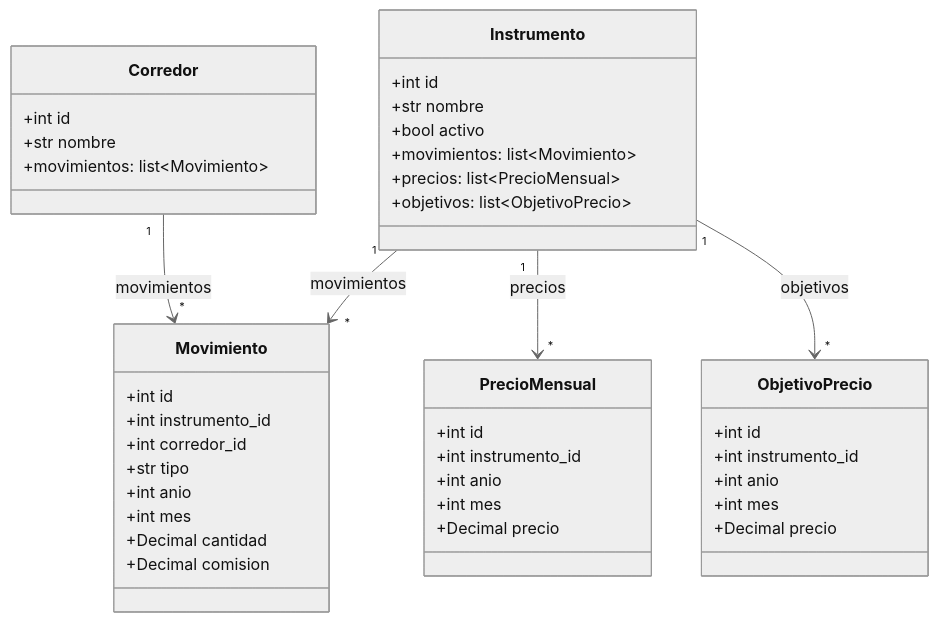
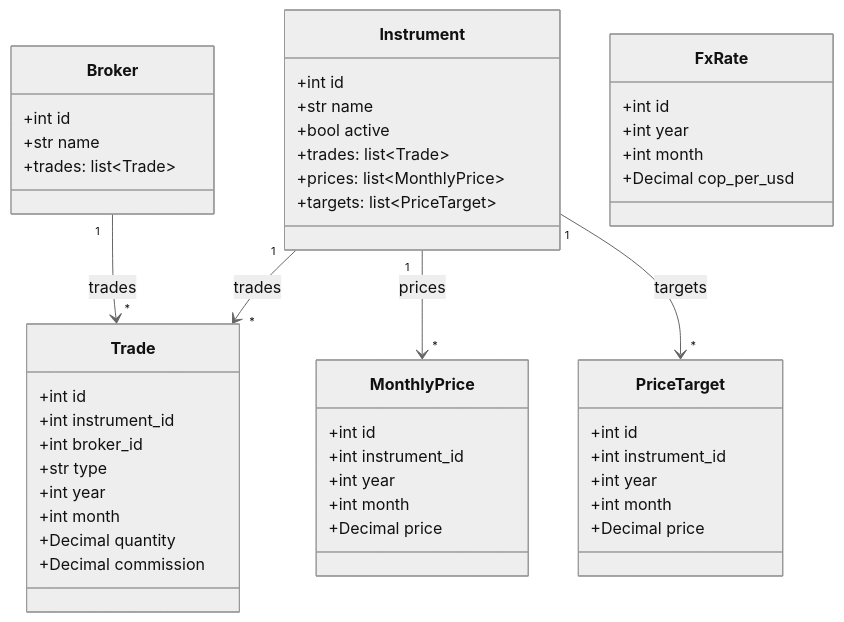
One commit to sebasvalencia/stocks changed the fourth of 5 diagrams in README.md. Above: the diagram before and after it, drawn with Mermaid (neutral theme). The commit also changed other lines of this file and 52 other files, not shown here.

Commit message:
feat: show the app in es/en/it and keep COP while viewing USD via monthly TRM

````diff
--- a/README.md
+++ b/README.md
@@ -372,45 +385,51 @@
 ```mermaid
 classDiagram
-  class Corredor {
+  class Broker {
     +int id
-    +str nombre
-    +movimientos: list~Movimiento~
+    +str name
+    +trades: list~Trade~
   }
-  class Instrumento {
+  class Instrument {
     +int id
-    +str nombre
-    +bool activo
-    +movimientos: list~Movimiento~
-    +precios: list~PrecioMensual~
-    +objetivos: list~ObjetivoPrecio~
+    +str name
+    +bool active
+    +trades: list~Trade~
+    +prices: list~MonthlyPrice~
+    +targets: list~PriceTarget~
   }
-  class Movimiento {
+  class Trade {
     +int id
-    +int instrumento_id
-    +int corredor_id
-    +str tipo
-    +int anio
-    +int mes
-    +Decimal cantidad
-    +Decimal comision
+    +int instrument_id
+    +int broker_id
+    +str type
+    +int year
+    +int month
+    +Decimal quantity
+    +Decimal commission
   }
-  class PrecioMensual {
+  class MonthlyPrice {
     +int id
-    +int instrumento_id
-    +int anio
-    +int mes
-    +Decimal precio
+    +int instrument_id
+    +int year
+    +int month
+    +Decimal price
   }
-  class ObjetivoPrecio {
+  class PriceTarget {
     +int id
-    +int instrumento_id
-    +int anio
-    +int mes
-    +Decimal precio
+    +int instrument_id
+    +int year
+    +int month
+    +Decimal price
+  }
+  class FxRate {
+    +int id
+    +int year
+    +int month
+    +Decimal cop_per_usd
   }
 
-  Corredor "1" --> "*" Movimiento : movimientos
-  Instrumento "1" --> "*" Movimiento : movimientos
-  Instrumento "1" --> "*" PrecioMensual : precios
-  Instrumento "1" --> "*" ObjetivoPrecio : objetivos
+  Broker "1" --> "*" Trade : trades
+  Instrument "1" --> "*" Trade : trades
+  Instrument "1" --> "*" MonthlyPrice : prices
+  Instrument "1" --> "*" PriceTarget : targets
 ```
````
